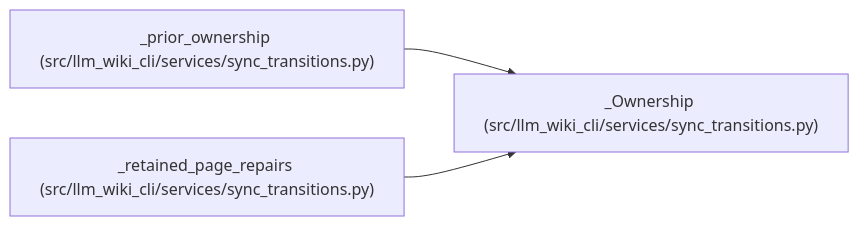
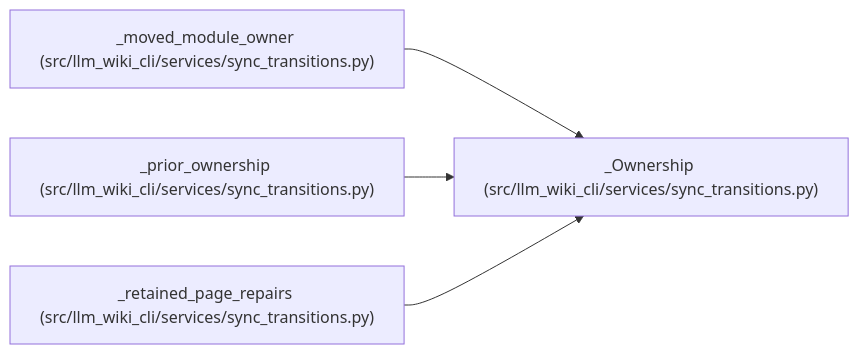
Before and after one commit to Denissvgn/python-wiki-llm: the diagram in docs/llm_wiki/entities/Ownership.md, drawn with Mermaid. The commit also changed other lines of this file and 1103 other files, not shown here.

First line of the commit message:
docs: refresh the wiki for the llm-wiki-engine distribution

````diff
--- a/docs/llm_wiki/entities/Ownership.md
+++ b/docs/llm_wiki/entities/Ownership.md
@@ -31,11 +31,14 @@
 ```mermaid
 flowchart LR
     n0["_Ownership (src/llm_wiki_cli/services/sync_transitions.py)"]
-    n1["_prior_ownership (src/llm_wiki_cli/services/sync_transitions.py)"]
-    n2["_retained_page_repairs (src/llm_wiki_cli/services/sync_transitions.py)"]
+    n1["_moved_module_owner (src/llm_wiki_cli/services/sync_transitions.py)"]
+    n2["_prior_ownership (src/llm_wiki_cli/services/sync_transitions.py)"]
+    n3["_retained_page_repairs (src/llm_wiki_cli/services/sync_transitions.py)"]
     n1 --> n0
     n2 --> n0
+    n3 --> n0
     click n0 "../modules/sync_transitions.md"
     click n1 "../modules/sync_transitions.md"
     click n2 "../modules/sync_transitions.md"
+    click n3 "../modules/sync_transitions.md"
 ```
````
